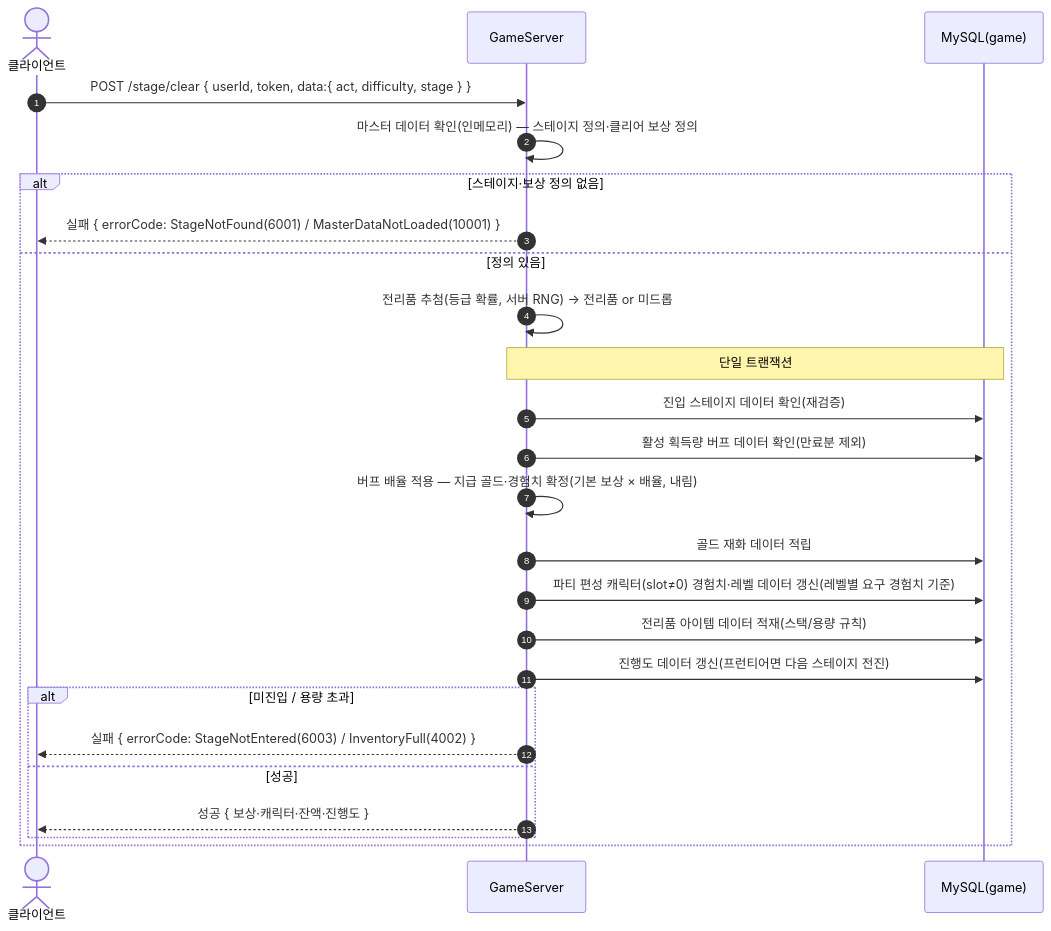
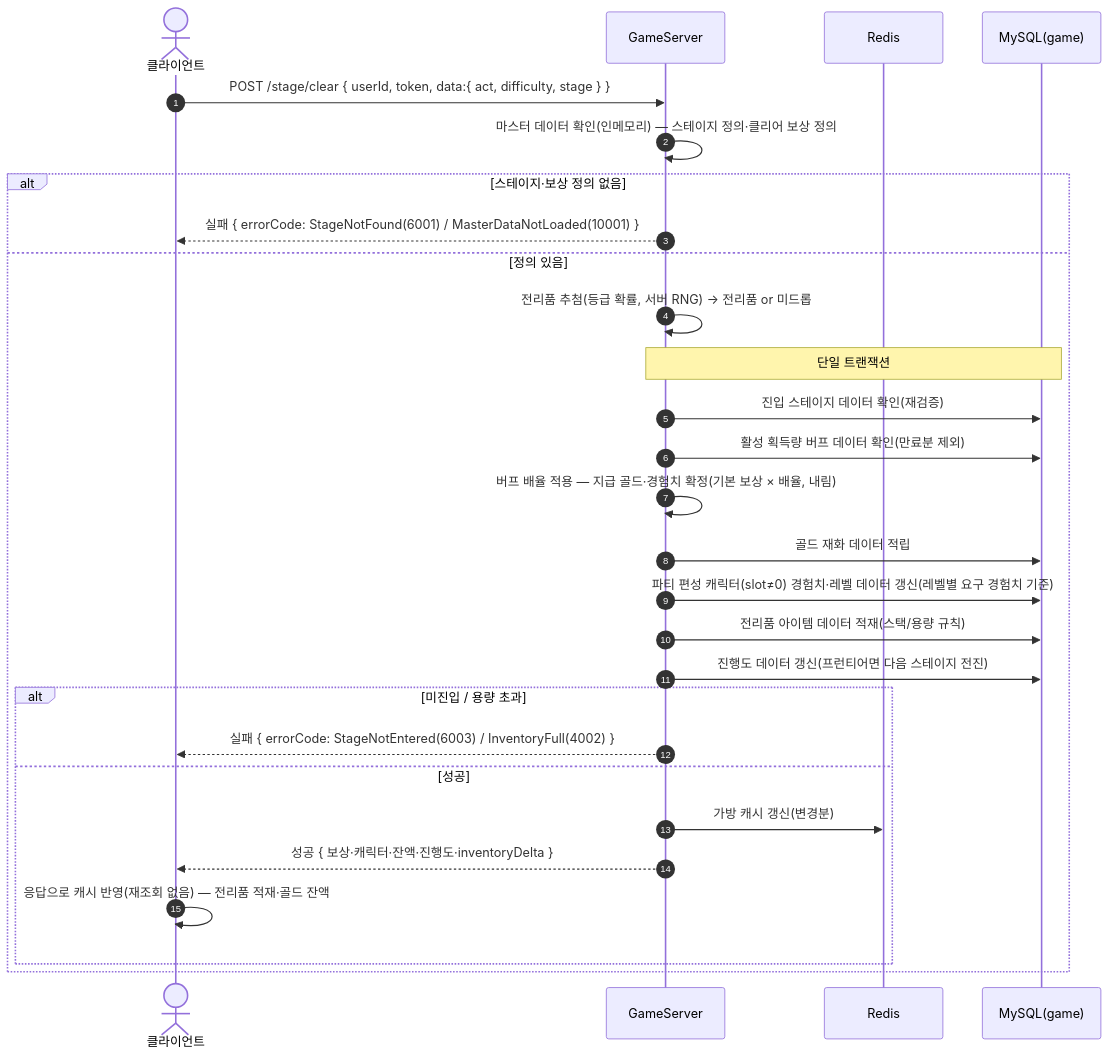
One commit to ks-wook/com2us-taskbar-hero changed the tenth of 35 diagrams in SequenceDiagram/README.md. Above: the diagram before and after it, drawn with Mermaid. The commit also changed other lines of this file and 13 other files, not shown here.

````diff
--- a/SequenceDiagram/README.md
+++ b/SequenceDiagram/README.md
@@ -328,28 +335,31 @@
 ```mermaid
 sequenceDiagram
     autonumber
     actor C as 클라이언트
     participant S as GameServer
+    participant R as Redis
     participant DB as MySQL(game)
 
     C->>S: POST /stage/clear { userId, token, data:{ act, difficulty, stage } }
     S->>S: 마스터 데이터 확인(인메모리) — 스테이지 정의·클리어 보상 정의
     alt 스테이지·보상 정의 없음
         S-->>C: 실패 { errorCode: StageNotFound(6001) / MasterDataNotLoaded(10001) }
     else 정의 있음
         S->>S: 전리품 추첨(등급 확률, 서버 RNG) → 전리품 or 미드롭
         Note over S,DB: 단일 트랜잭션
         S->>DB: 진입 스테이지 데이터 확인(재검증)
         S->>DB: 활성 획득량 버프 데이터 확인(만료분 제외)
         S->>S: 버프 배율 적용 — 지급 골드·경험치 확정(기본 보상 × 배율, 내림)
         S->>DB: 골드 재화 데이터 적립
         S->>DB: 파티 편성 캐릭터(slot≠0) 경험치·레벨 데이터 갱신(레벨별 요구 경험치 기준)
         S->>DB: 전리품 아이템 데이터 적재(스택/용량 규칙)
         S->>DB: 진행도 데이터 갱신(프런티어면 다음 스테이지 전진)
         alt 미진입 / 용량 초과
             S-->>C: 실패 { errorCode: StageNotEntered(6003) / InventoryFull(4002) }
         else 성공
-            S-->>C: 성공 { 보상·캐릭터·잔액·진행도 }
+            S->>R: 가방 캐시 갱신(변경분)
+            S-->>C: 성공 { 보상·캐릭터·잔액·진행도·inventoryDelta }
+            C->>C: 응답으로 캐시 반영(재조회 없음) — 전리품 적재·골드 잔액
         end
     end
 ```
````
